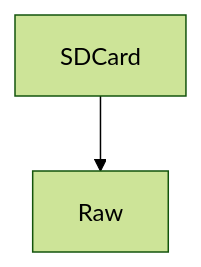
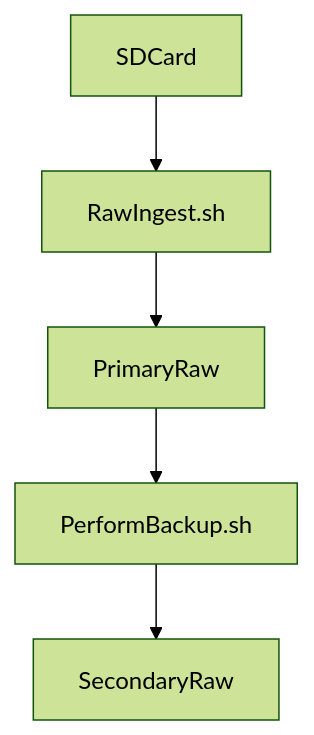
One commit to barry4356/dione changed the diagram in README.md. Above: the diagram before and after it, drawn with Mermaid (forest theme).

````diff
--- a/README.md
+++ b/README.md
@@ -16,4 +16,7 @@
 ``` mermaid
 graph TD;
-    SDCard --> Raw;
+    SDCard --> RawIngest.sh;
+    RawIngest.sh --> PrimaryRaw;
+    PrimaryRaw --> PerformBackup.sh;
+    PerformBackup.sh --> SecondaryRaw;
 ```
````
